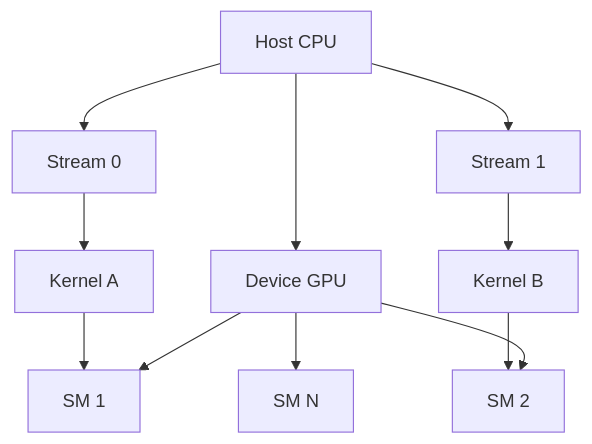
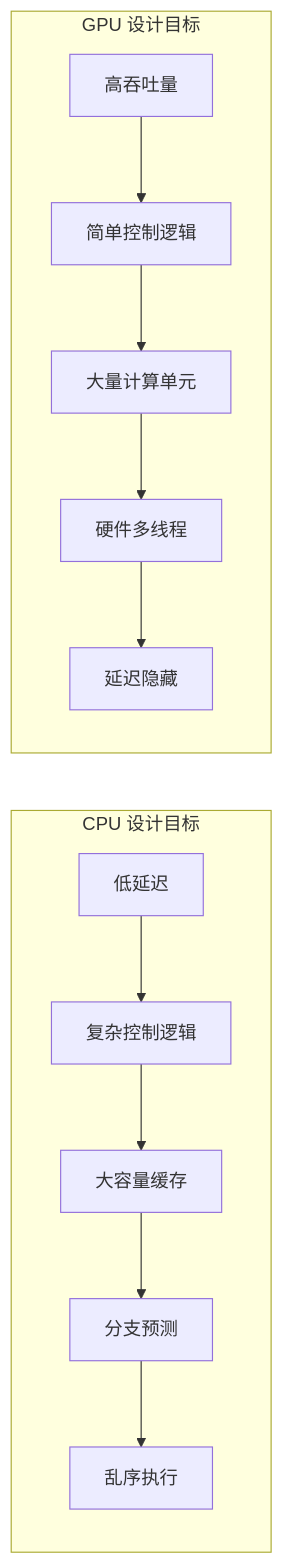
Before and after one commit to chenweigao/blogv2: the first of 28 diagrams in src/content/docs/ai-systems/gpu-computing/gpu_arch.md, drawn with Mermaid. The commit also changed other lines of this file and 1 other file, not shown here.

First line of the commit message:
chore(config): add MCP server configuration and expand GPU architecture documentation

````diff
--- a/src/content/docs/ai-systems/gpu-computing/gpu_arch.md
+++ b/src/content/docs/ai-systems/gpu-computing/gpu_arch.md
@@ -43,13 +18,16 @@
 ```mermaid
-graph TB
-    A[Host CPU] --> B[Device GPU]
-    A --> C[Stream 0]
-    A --> D[Stream 1]
-    C --> E[Kernel A]
-    D --> F[Kernel B]
-    B --> G[SM 1]
-    B --> H[SM 2]
-    B --> I[SM N]
-    E --> G
-    F --> H
+graph LR
+    subgraph CPU["CPU 设计目标"]
+        A1[低延迟] --> A2[复杂控制逻辑]
+        A2 --> A3[大容量缓存]
+        A3 --> A4[分支预测]
+        A4 --> A5[乱序执行]
+    end
+    
+    subgraph GPU["GPU 设计目标"]
+        B1[高吞吐量] --> B2[简单控制逻辑]
+        B2 --> B3[大量计算单元]
+        B3 --> B4[硬件多线程]
+        B4 --> B5[延迟隐藏]
+    end
 ```
````
